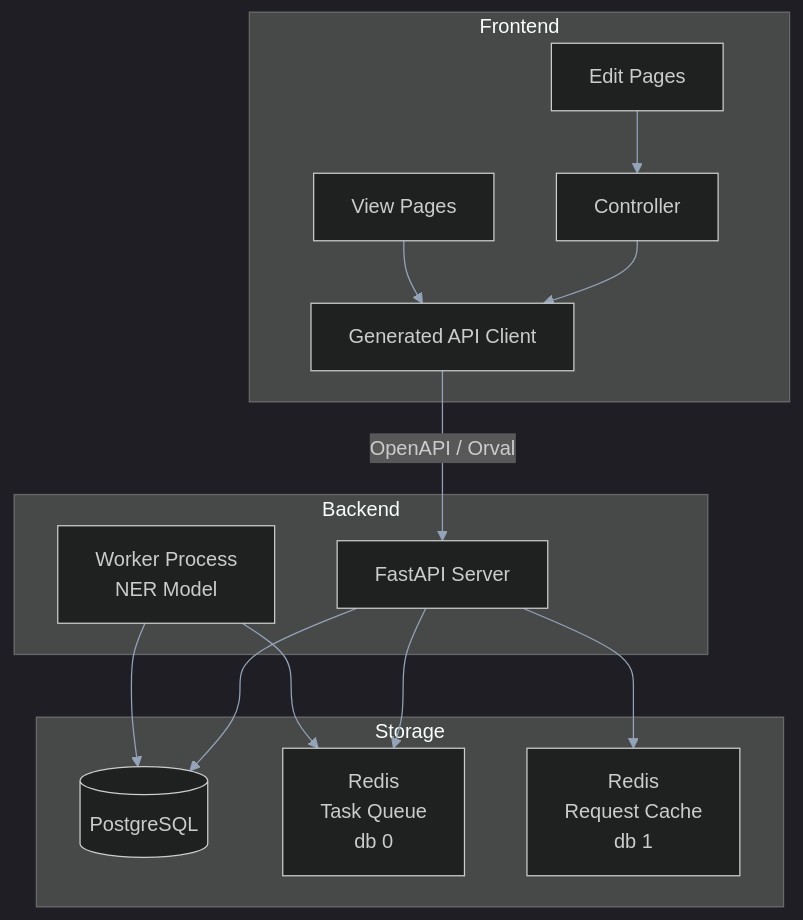
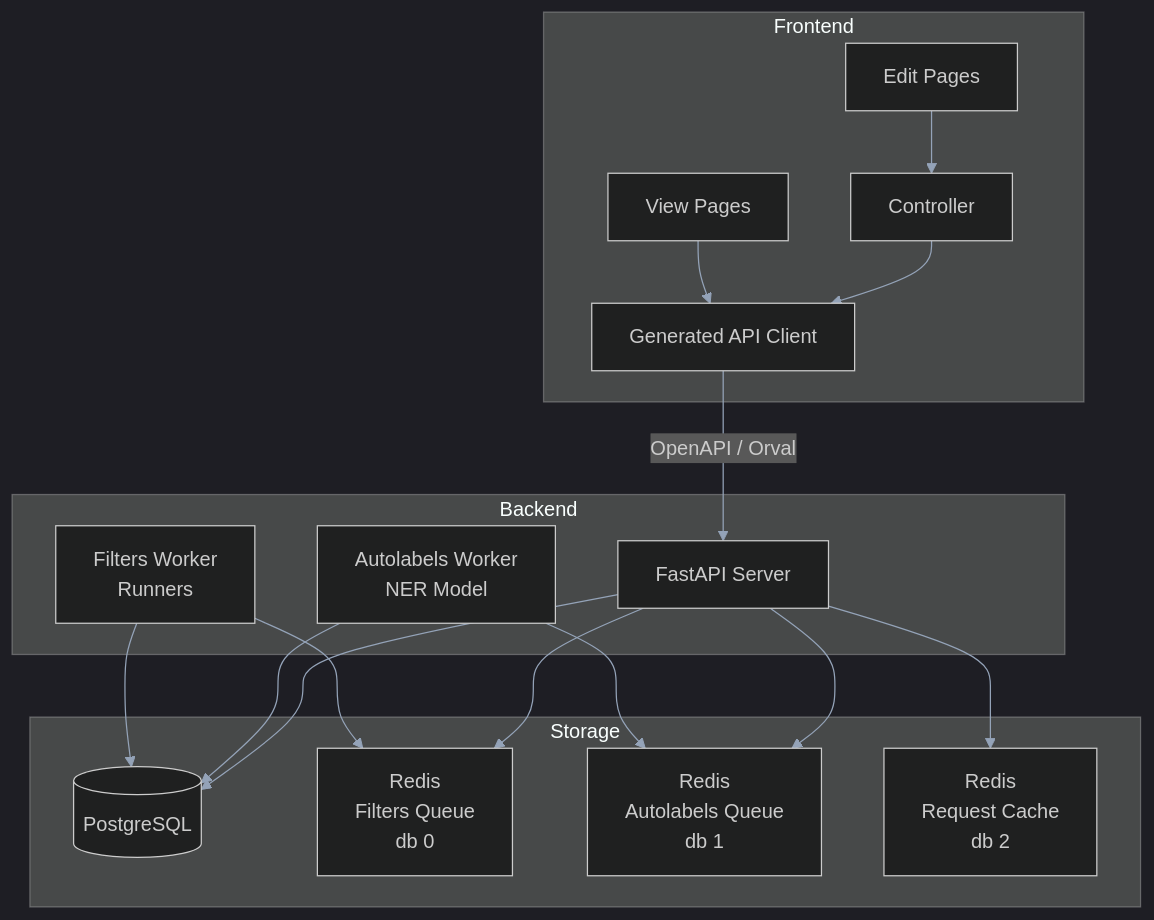
One commit to lzguan/noveltl changed the diagram in docs/project-structure.md. Above: the diagram before and after it, drawn with Mermaid. The commit also changed other lines of this file and 11 other files, not shown here.

Commit message:
docs update + filters worker

````diff
--- a/docs/project-structure.md
+++ b/docs/project-structure.md
@@ -7,31 +7,36 @@
 ```mermaid
 %%{init: {'theme': 'dark', 'themeVariables': { 'primaryColor': '#1e293b', 'primaryTextColor': '#e2e8f0', 'primaryBorderColor': '#334155', 'lineColor': '#94a3b8', 'secondaryColor': '#0f172a', 'tertiaryColor': '#1e293b'}}}%%
 graph TD
     subgraph Frontend
         V[View Pages]
         E[Edit Pages]
         C[Controller]
         API[Generated API Client]
     end
 
     subgraph Backend
         FA[FastAPI Server]
-        W[Worker Process<br/>NER Model]
+        AW[Autolabels Worker<br/>NER Model]
+        FW[Filters Worker<br/>Runners]
     end
 
     subgraph Storage
         PG[(PostgreSQL)]
-        Q[Redis<br/>Task Queue<br/>db 0]
-        T[Redis<br/>Request Cache<br/>db 1]
+        FQ[Redis<br/>Filters Queue<br/>db 0]
+        AQ[Redis<br/>Autolabels Queue<br/>db 1]
+        T[Redis<br/>Request Cache<br/>db 2]
     end
 
     E --> C
     C --> API
     V --> API
     API -- OpenAPI / Orval --> FA
     FA --> PG
-    FA --> Q
+    FA --> FQ
+    FA --> AQ
     FA --> T
-    W --> Q
-    W --> PG
+    AW --> AQ
+    AW --> PG
+    FW --> FQ
+    FW --> PG
 ```
````
